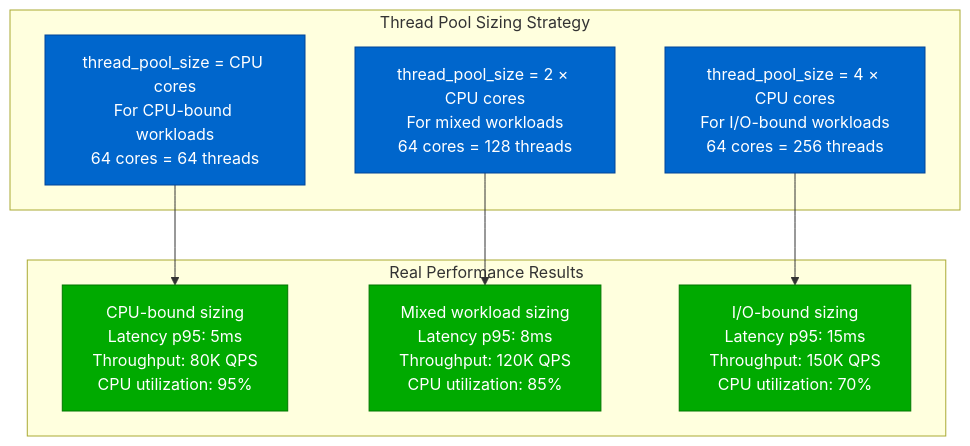
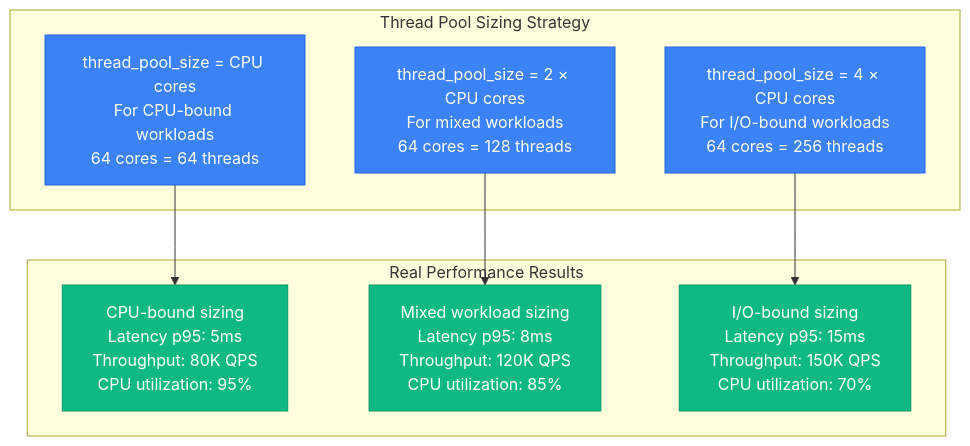
One commit to deepaucksharma/DS changed the eighth of 11 diagrams in site/docs/performance/mysql-performance-profile.md. Above: the diagram before and after it, drawn with Mermaid. The commit also changed other lines of this file and 303 other files, not shown here.

````diff
--- a/site/docs/performance/mysql-performance-profile.md
+++ b/site/docs/performance/mysql-performance-profile.md
@@ -325,28 +325,28 @@
 ```mermaid
 graph TB
     subgraph "Thread Pool Sizing Strategy"
         S1[thread_pool_size = CPU cores<br/>For CPU-bound workloads<br/>64 cores = 64 threads]
 
         S2[thread_pool_size = 2 × CPU cores<br/>For mixed workloads<br/>64 cores = 128 threads]
 
         S3[thread_pool_size = 4 × CPU cores<br/>For I/O-bound workloads<br/>64 cores = 256 threads]
     end
 
     subgraph "Real Performance Results"
         R1[CPU-bound sizing<br/>Latency p95: 5ms<br/>Throughput: 80K QPS<br/>CPU utilization: 95%]
 
         R2[Mixed workload sizing<br/>Latency p95: 8ms<br/>Throughput: 120K QPS<br/>CPU utilization: 85%]
 
         R3[I/O-bound sizing<br/>Latency p95: 15ms<br/>Throughput: 150K QPS<br/>CPU utilization: 70%]
     end
 
     S1 --> R1
     S2 --> R2
     S3 --> R3
 
-    classDef strategyStyle fill:#0066CC,stroke:#004499,color:#fff
-    classDef resultStyle fill:#00AA00,stroke:#007700,color:#fff
+    classDef strategyStyle fill:#3B82F6,stroke:#2563EB,color:#fff
+    classDef resultStyle fill:#10B981,stroke:#059669,color:#fff
 
     class S1,S2,S3 strategyStyle
     class R1,R2,R3 resultStyle
 ```
````
